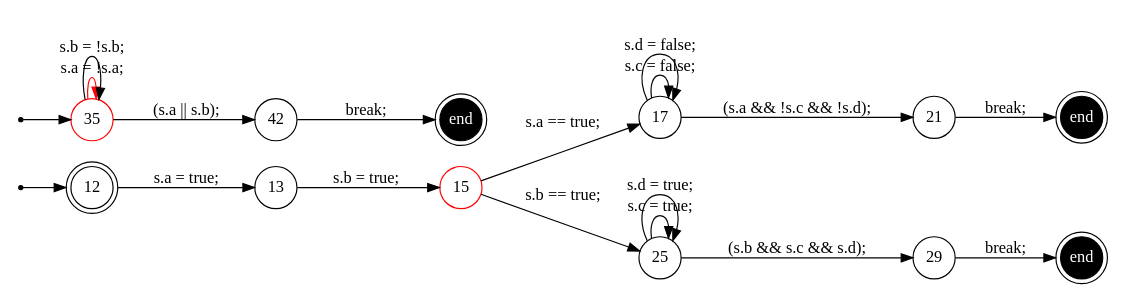
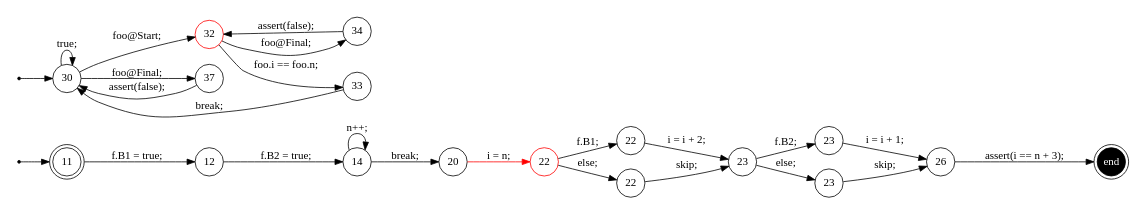
Before and after one commit to samilazregsuidi/Daedalux: the diagram in trace/7.dot, drawn with Graphviz. The commit also changed 63 other files, not shown here.

```diff
--- a/trace/7.dot
+++ b/trace/7.dot
@@ -1,37 +1,48 @@
 digraph finite_state_machine {
 	rankdir=LR
 	size="8,5"
-	94437505318000 [label = 12, shape = doublecircle, fixedsize = true]; 
-	s94437505318000 [shape = point];
-	94437505313568 [label = 35, shape = doublecircle, color = red, fixedsize = true]; 
-	s94437505313568 [shape = point];
-	e94437505311632 [shape = doublecircle, fixedsize = true, style = filled, fillcolor = black, fontcolor = white,  label = end];
-	e94437505313776 [shape = doublecircle, fixedsize = true, style = filled, fillcolor = black, fontcolor = white,  label = end];
-	e94437505315632 [shape = doublecircle, fixedsize = true, style = filled, fillcolor = black, fontcolor = white,  label = end];
-	 94437505318080 [label = 13, shape = circle, fixedsize = true ];
-	 94437505309632 [label = 15, shape = circle, color = red, fixedsize = true ];
-	 94437505310224 [label = 17, shape = circle, fixedsize = true ];
-	 94437505311632 [label = 21, shape = circle, fixedsize = true ];
-	 94437505312144 [label = 25, shape = circle, fixedsize = true ];
-	 94437505313776 [label = 29, shape = circle, fixedsize = true ];
-	 94437505313568 [label = 35, shape = circle, color = red, fixedsize = true ];
-	 94437505315632 [label = 42, shape = circle, fixedsize = true ];
-	s94437505318000 -> 94437505318000;
-	s94437505313568 -> 94437505313568;
-	94437505318000 -> 94437505318080 [ label = "s.a = true; "];
-	94437505318080 -> 94437505309632 [ label = "s.b = true; "];
-	94437505309632 -> 94437505310224 [ label = "s.a == true; "];
-	94437505310224 -> 94437505310224 [ label = "s.c = false; "];
-	94437505310224 -> 94437505310224 [ label = "s.d = false; "];
-	94437505310224 -> 94437505311632 [ label = "(s.a && !s.c && !s.d); "];
-	94437505311632 -> e94437505311632 [ label = "break; "];
-	94437505309632 -> 94437505312144 [ label = "s.b == true; "];
-	94437505312144 -> 94437505312144 [ label = "s.c = true; "];
-	94437505312144 -> 94437505312144 [ label = "s.d = true; "];
-	94437505312144 -> 94437505313776 [ label = "(s.b && s.c && s.d); "];
-	94437505313776 -> e94437505313776 [ label = "break; "];
-	94437505313568 -> 94437505313568 [color = red, label = "s.a = !s.a; "];
-	94437505313568 -> 94437505313568 [ label = "s.b = !s.b; "];
-	94437505313568 -> 94437505315632 [ label = "(s.a || s.b); "];
-	94437505315632 -> e94437505315632 [ label = "break; "];
+	93824993311008 [label = 11, shape = doublecircle, fixedsize = true]; 
+	s93824993311008 [shape = point];
+	93824993307216 [label = 30, shape = doublecircle, fixedsize = true]; 
+	s93824993307216 [shape = point];
+	e93824993306544 [shape = doublecircle, fixedsize = true, style = filled, fillcolor = black, fontcolor = white,  label = end];
+	 93824993312480 [label = 12, shape = circle, fixedsize = true ];
+	 93824993302560 [label = 14, shape = circle, fixedsize = true ];
+	 93824993303360 [label = 20, shape = circle, fixedsize = true ];
+	 93824993303680 [label = 22, shape = circle, color = red, fixedsize = true ];
+	 93824993304480 [label = 22, shape = circle, fixedsize = true ];
+	 93824993305200 [label = 22, shape = circle, fixedsize = true ];
+	 93824993304992 [label = 23, shape = circle, fixedsize = true ];
+	 93824993306032 [label = 23, shape = circle, fixedsize = true ];
+	 93824993306752 [label = 23, shape = circle, fixedsize = true ];
+	 93824993306544 [label = 26, shape = circle, fixedsize = true ];
+	 93824993307216 [label = 30, shape = circle, fixedsize = true ];
+	 93824993307984 [label = 32, shape = circle, color = red, fixedsize = true ];
+	 93824993308816 [label = 33, shape = circle, fixedsize = true ];
+	 93824993309536 [label = 34, shape = circle, fixedsize = true ];
+	 93824993310048 [label = 37, shape = circle, fixedsize = true ];
+	s93824993311008 -> 93824993311008;
+	s93824993307216 -> 93824993307216;
+	93824993311008 -> 93824993312480 [ label = "f.B1 = true; "];
+	93824993312480 -> 93824993302560 [ label = "f.B2 = true; "];
+	93824993302560 -> 93824993303360 [ label = "break; "];
+	93824993302560 -> 93824993302560 [ label = "n++; "];
+	93824993303360 -> 93824993303680 [color = red, label = "i = n; "];
+	93824993303680 -> 93824993304480 [ label = "f.B1; "];
+	93824993304480 -> 93824993304992 [ label = "i = i + 2; "];
+	93824993303680 -> 93824993305200 [ label = "else; "];
+	93824993305200 -> 93824993304992 [ label = "skip; "];
+	93824993304992 -> 93824993306032 [ label = "f.B2; "];
+	93824993306032 -> 93824993306544 [ label = "i = i + 1; "];
+	93824993304992 -> 93824993306752 [ label = "else; "];
+	93824993306752 -> 93824993306544 [ label = "skip; "];
+	93824993306544 -> e93824993306544 [ label = "assert(i == n + 3); "];
+	93824993307216 -> 93824993307984 [ label = "foo@Start; "];
+	93824993307984 -> 93824993308816 [ label = "foo.i == foo.n; "];
+	93824993308816 -> 93824993307216 [ label = "break; "];
+	93824993307984 -> 93824993309536 [ label = "foo@Final; "];
+	93824993309536 -> 93824993307984 [ label = "assert(false); "];
+	93824993307216 -> 93824993310048 [ label = "foo@Final; "];
+	93824993310048 -> 93824993307216 [ label = "assert(false); "];
+	93824993307216 -> 93824993307216 [ label = "true; "];
 }
```
